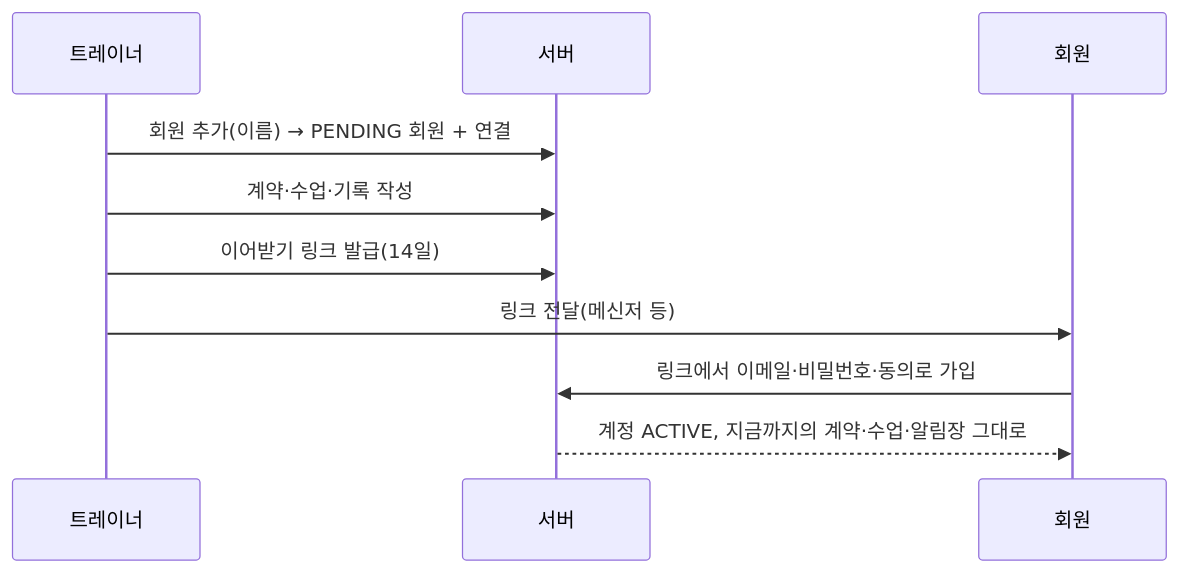
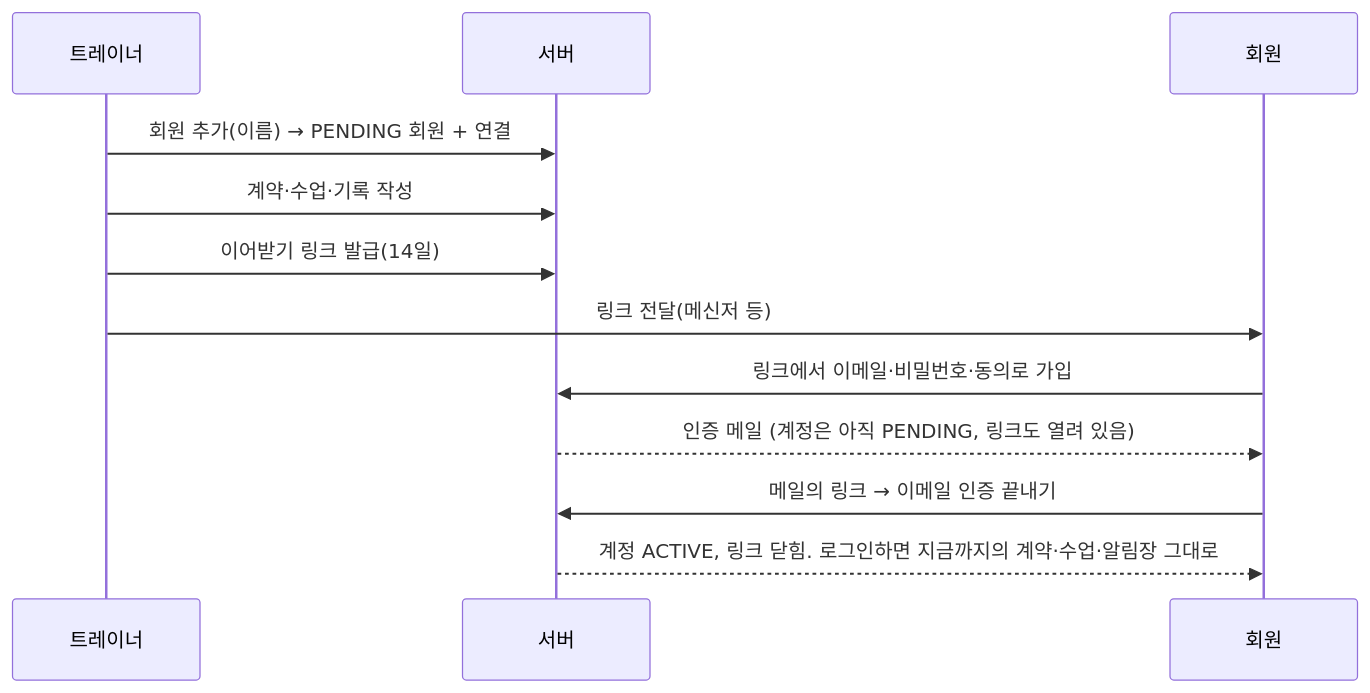
Before and after one commit to sudong1004/fitnote: the second of 7 diagrams in docs/spec/03-screens-and-flows.md, drawn with Mermaid. The commit also changed other lines of this file and 41 other files, not shown here.

First line of the commit message:
가입 이메일 인증: 메일의 링크로 인증해야 로그인, 이어받기는 인증 뒤 완료

````diff
--- a/docs/spec/03-screens-and-flows.md
+++ b/docs/spec/03-screens-and-flows.md
@@ -124,12 +127,14 @@
 ```mermaid
 sequenceDiagram
   participant T as 트레이너
   participant S as 서버
   participant M as 회원
   T->>S: 회원 추가(이름) → PENDING 회원 + 연결
   T->>S: 계약·수업·기록 작성
   T->>S: 이어받기 링크 발급(14일)
   T->>M: 링크 전달(메신저 등)
   M->>S: 링크에서 이메일·비밀번호·동의로 가입
-  S-->>M: 계정 ACTIVE, 지금까지의 계약·수업·알림장 그대로
+  S-->>M: 인증 메일 (계정은 아직 PENDING, 링크도 열려 있음)
+  M->>S: 메일의 링크 → 이메일 인증 끝내기
+  S-->>M: 계정 ACTIVE, 링크 닫힘. 로그인하면 지금까지의 계약·수업·알림장 그대로
 ```
````
